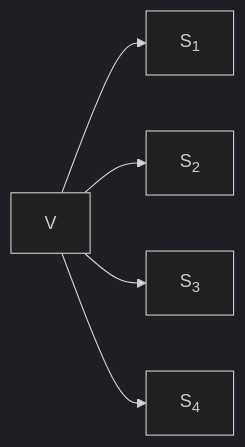
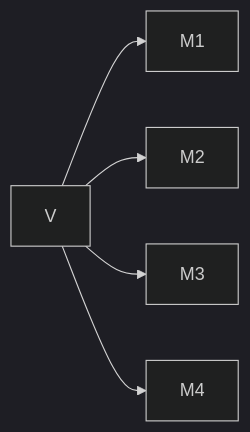
The first of 5 diagrams in _posts/2024-08-01-cnttp.md (brevzin/brevzin.github.io), drawn with Mermaid (dark theme) before and after one commit. The commit also changed other lines of this file, not shown here.

````diff
--- a/_posts/2024-08-01-cnttp.md
+++ b/_posts/2024-08-01-cnttp.md
@@ -110,7 +113,7 @@
 ```mermaid
 graph LR
-    V --> S1[S<sub>1</sub>]
-    V --> S2[S<sub>2</sub>]
-    V --> S3[S<sub>3</sub>]
-    V --> S4[S<sub>4</sub>]
+    V --> M1
+    V --> M2
+    V --> M3
+    V --> M4
 ```
````
